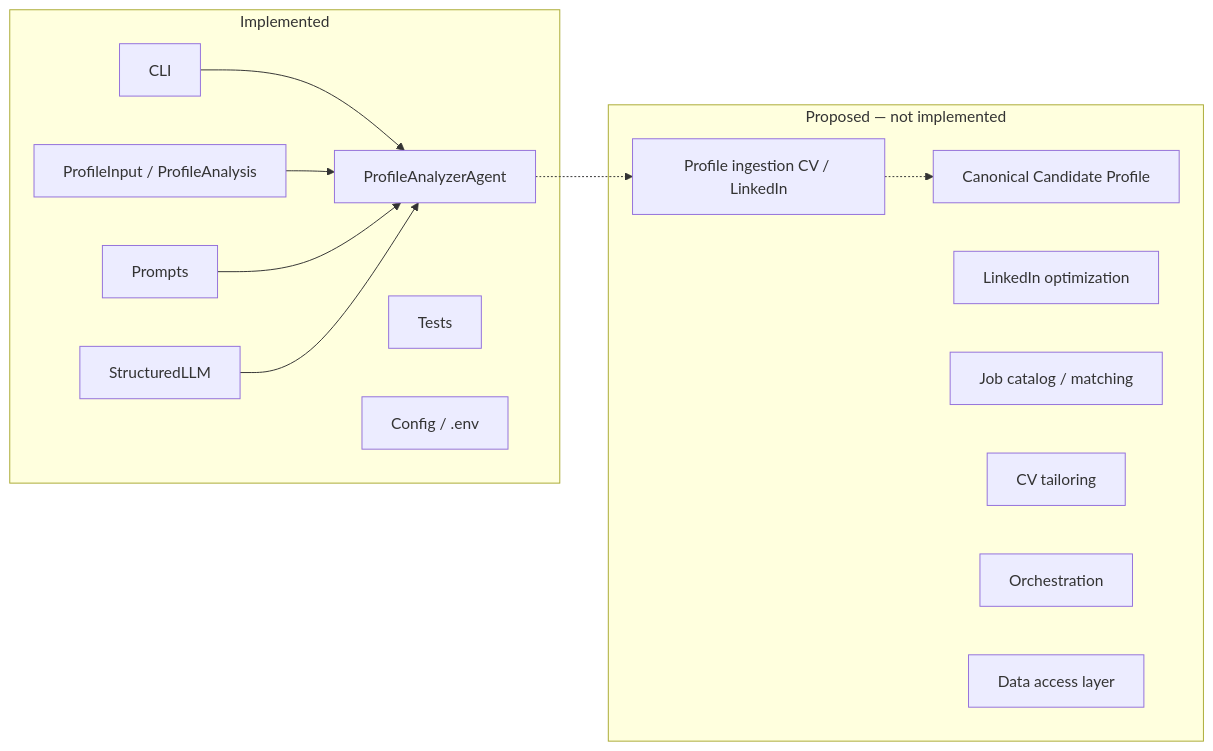
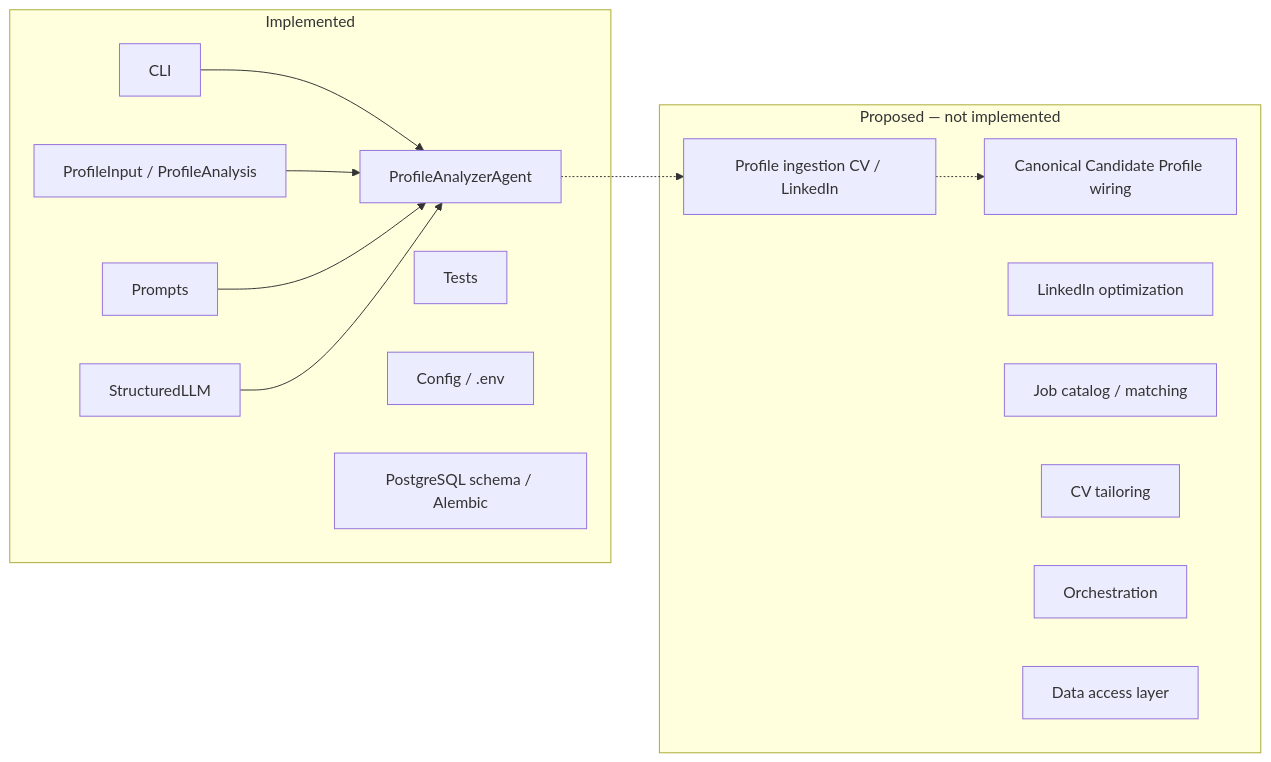
Before and after one commit to shira-ozana/career-ai: the diagram in docs/index.md, drawn with Mermaid. The commit also changed other lines of this file and 31 other files, not shown here.

First line of the commit message:
Add PostgreSQL persistence foundation with SQLAlchemy and Alembic.

````diff
--- a/docs/index.md
+++ b/docs/index.md
@@ -22,29 +22,30 @@
 ```mermaid
 flowchart LR
     subgraph Implemented["Implemented"]
         A[CLI]
         B[ProfileInput / ProfileAnalysis]
         C[ProfileAnalyzerAgent]
         D[StructuredLLM]
         E[Prompts]
         F[Tests]
         G[Config / .env]
+        P[PostgreSQL schema / Alembic]
     end
 
     subgraph Target["Proposed — not implemented"]
         H[Profile ingestion CV / LinkedIn]
-        I[Canonical Candidate Profile]
+        I[Canonical Candidate Profile wiring]
         J[LinkedIn optimization]
         K[Job catalog / matching]
         L[CV tailoring]
         M[Orchestration]
         N[Data access layer]
     end
 
     A --> C
     B --> C
     E --> C
     D --> C
     C -.-> H
     H -.-> I
 ```
````
